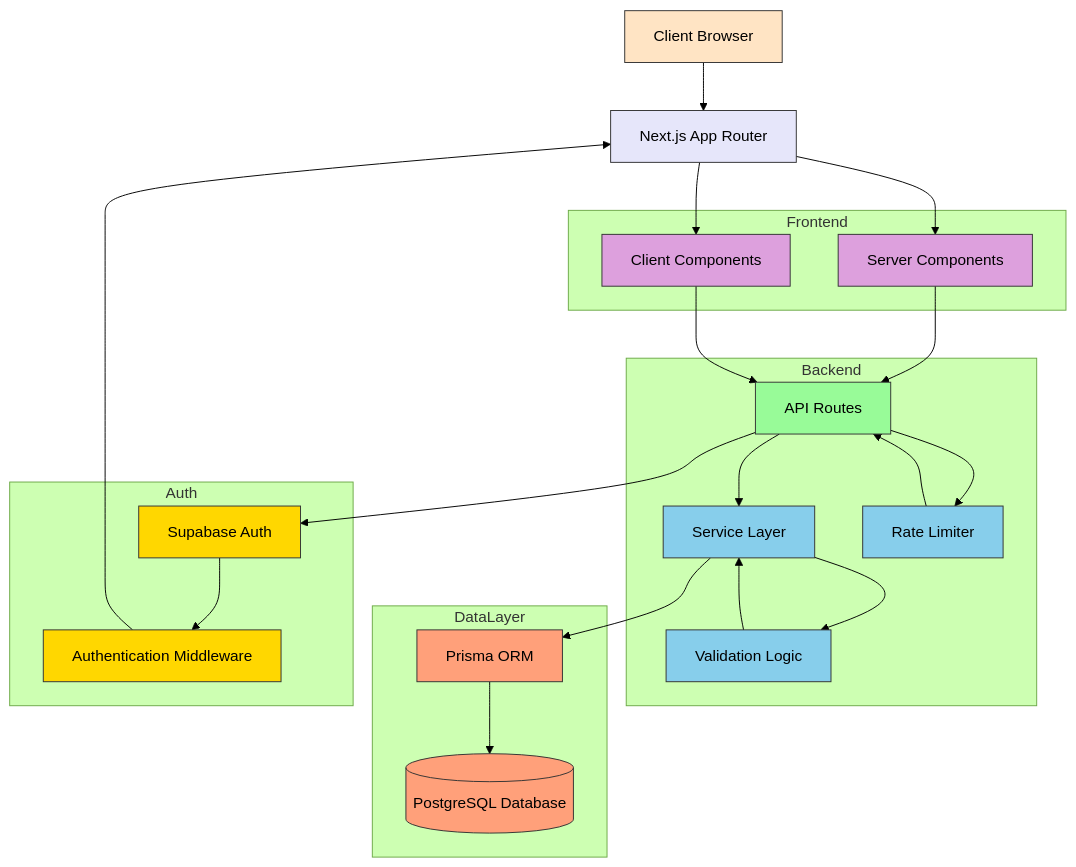
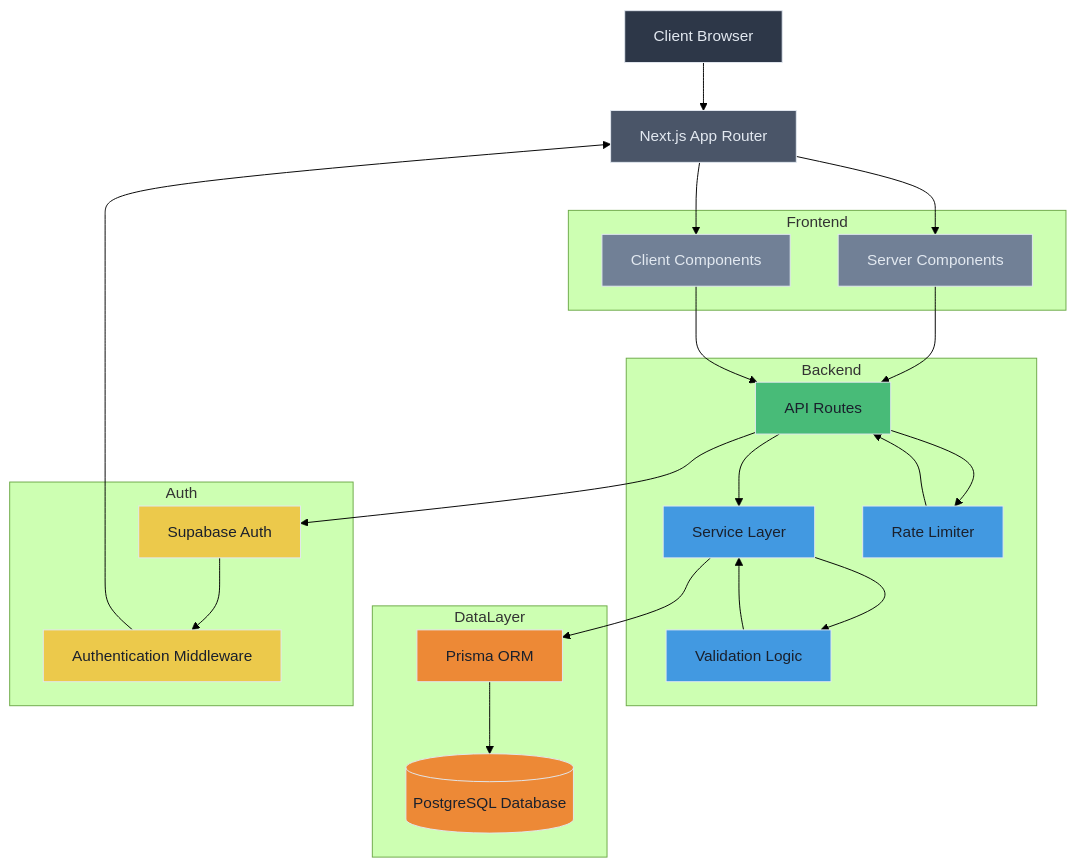
The diagram in README.md (itisrohit/esahayak_assignment), drawn with Mermaid (forest theme) before and after one commit. The commit also changed other lines of this file and 6 other files, not shown here.

````diff
--- a/README.md
+++ b/README.md
@@ -253,53 +253,53 @@
 ```mermaid
 graph TD
     A[Client Browser] --> B[Next.js App Router]
     B --> C[Server Components]
     B --> D[Client Components]
     C --> E[API Routes]
     D --> E
     E --> F[Service Layer]
     F --> G[Prisma ORM]
     G --> H[(PostgreSQL Database)]
     E --> I[Supabase Auth]
     I --> J[Authentication Middleware]
     J --> B
     F --> K[Validation Logic]
     K --> F
     E --> L[Rate Limiter]
     L --> E
 
     subgraph Frontend
         C
         D
     end
 
     subgraph Backend
         E
         F
         K
         L
     end
 
     subgraph DataLayer
         G
         H
     end
 
     subgraph Auth
         I
         J
     end
 
-    style A fill:#FFE4C4,stroke:#333
-    style B fill:#E6E6FA,stroke:#333
-    style C fill:#DDA0DD,stroke:#333
-    style D fill:#DDA0DD,stroke:#333
-    style E fill:#98FB98,stroke:#333
-    style F fill:#87CEEB,stroke:#333
-    style G fill:#FFA07A,stroke:#333
-    style H fill:#FFA07A,stroke:#333
-    style I fill:#FFD700,stroke:#333
-    style J fill:#FFD700,stroke:#333
-    style K fill:#87CEEB,stroke:#333
-    style L fill:#87CEEB,stroke:#333
+    style A fill:#2D3748,stroke:#E2E8F0,color:#E2E8F0
+    style B fill:#4A5568,stroke:#E2E8F0,color:#E2E8F0
+    style C fill:#718096,stroke:#E2E8F0,color:#E2E8F0
+    style D fill:#718096,stroke:#E2E8F0,color:#E2E8F0
+    style E fill:#48BB78,stroke:#E2E8F0,color:#1A202C
+    style F fill:#4299E1,stroke:#E2E8F0,color:#1A202C
+    style G fill:#ED8936,stroke:#E2E8F0,color:#1A202C
+    style H fill:#ED8936,stroke:#E2E8F0,color:#1A202C
+    style I fill:#ECC94B,stroke:#E2E8F0,color:#1A202C
+    style J fill:#ECC94B,stroke:#E2E8F0,color:#1A202C
+    style K fill:#4299E1,stroke:#E2E8F0,color:#1A202C
+    style L fill:#4299E1,stroke:#E2E8F0,color:#1A202C
 ```
````
